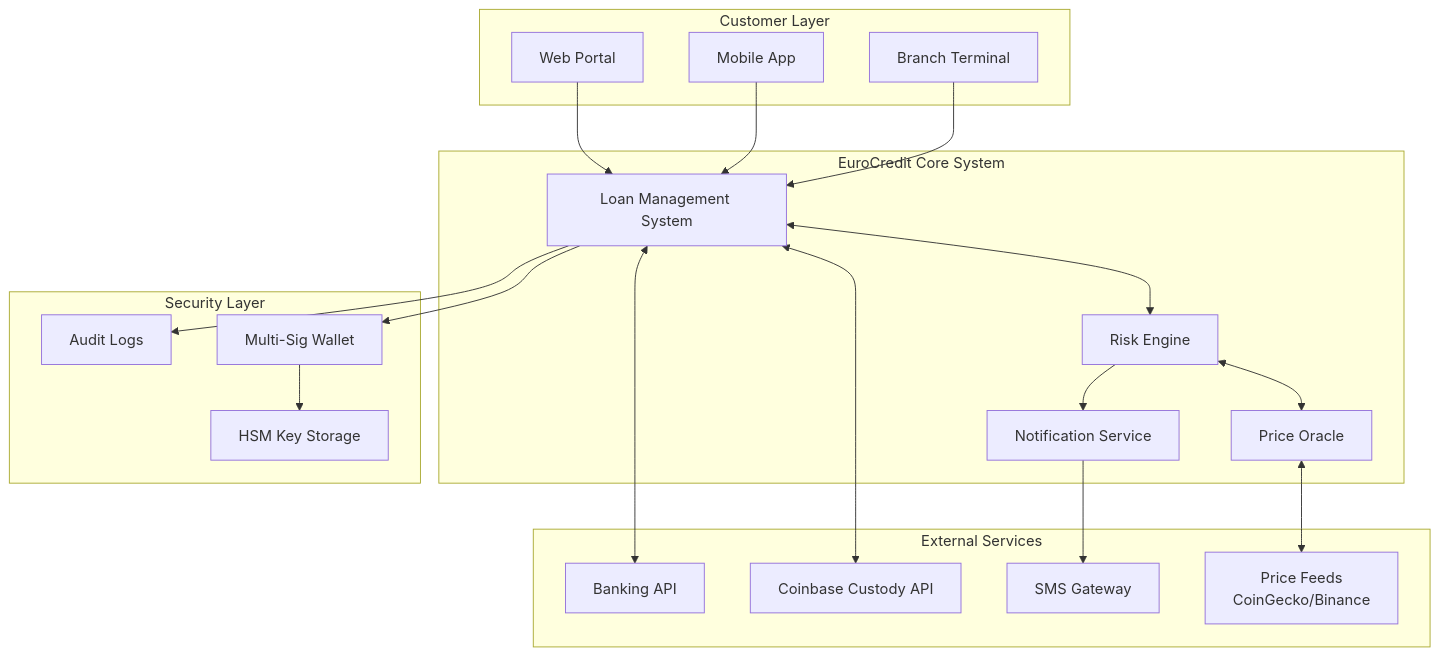
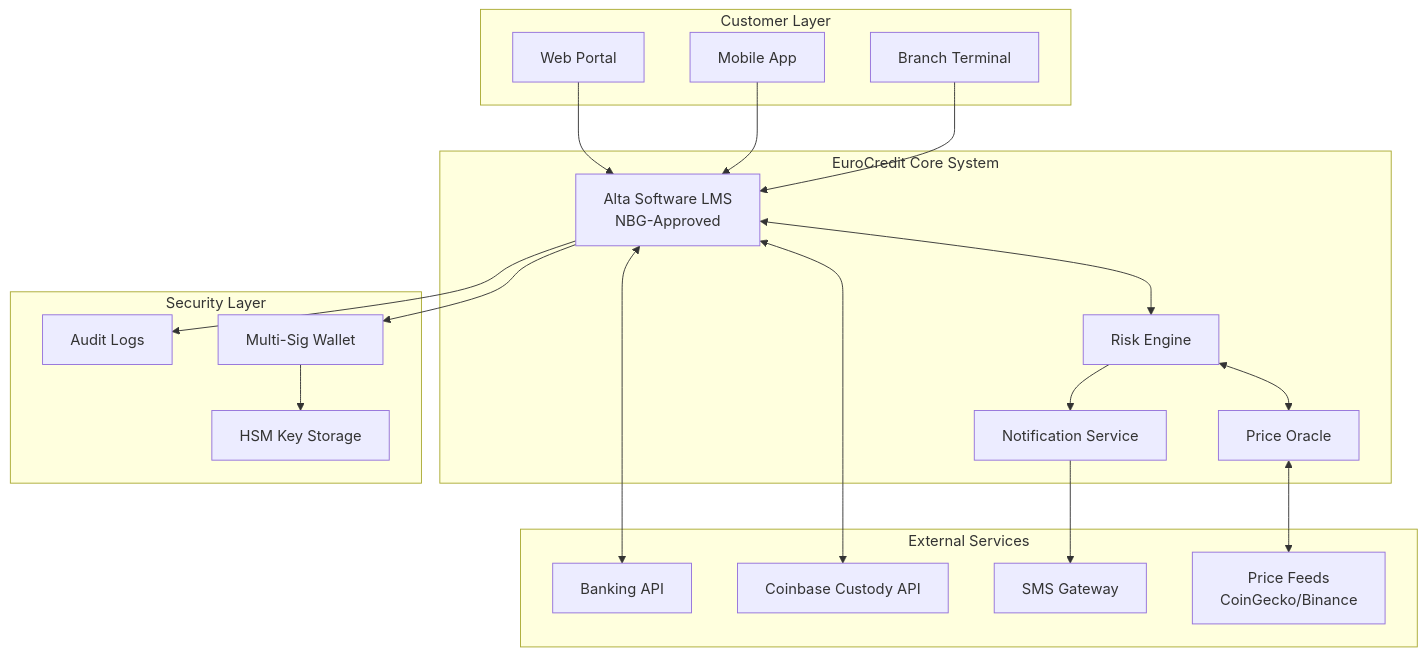
The third of 6 diagrams in btc-loans-proposal.md (AppifySheets/eurocredit-btc-loans), drawn with Mermaid before and after one commit. The commit also changed other lines of this file, not shown here.

First line of the commit message:
Integrate Alta Software as NBG-approved loan management system

````diff
--- a/btc-loans-proposal.md
+++ b/btc-loans-proposal.md
@@ -168,42 +168,42 @@
 ```mermaid
 graph TB
     subgraph Customer Layer
         A[Web Portal]
         B[Mobile App]
         C[Branch Terminal]
     end
     
     subgraph EuroCredit Core System
-        D[Loan Management System]
+        D[Alta Software LMS<br/>NBG-Approved]
         E[Risk Engine]
         F[Price Oracle]
         G[Notification Service]
     end
     
     subgraph External Services
         H[Coinbase Custody API]
         I[Price Feeds<br/>CoinGecko/Binance]
         J[Banking API]
         K[SMS Gateway]
     end
     
     subgraph Security Layer
         L[Multi-Sig Wallet]
         M[HSM Key Storage]
         N[Audit Logs]
     end
     
     A --> D
     B --> D
     C --> D
     D <--> E
     E <--> F
     F <--> I
     D <--> H
     D <--> J
     G --> K
     E --> G
     D --> L
     L --> M
     D --> N
 ```
````
